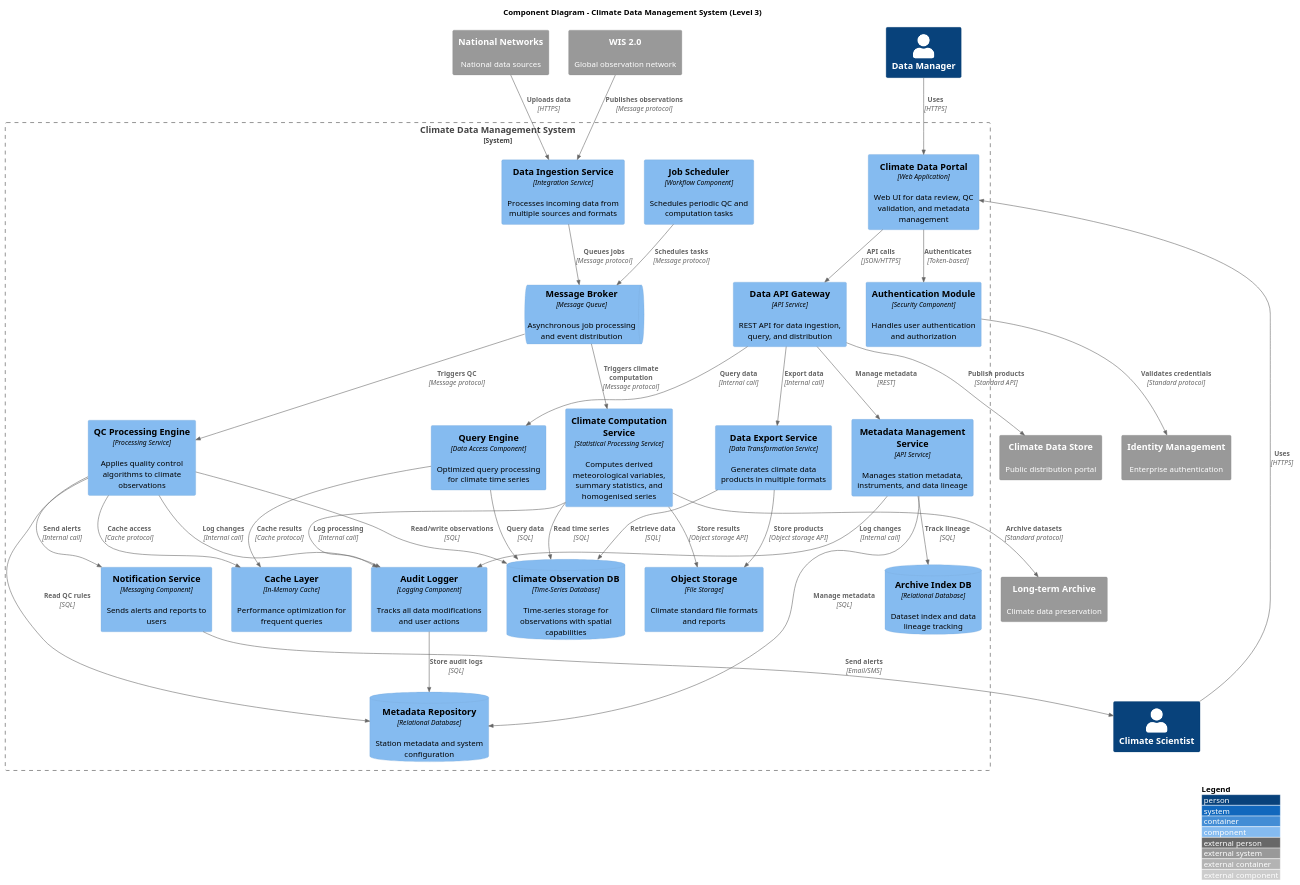
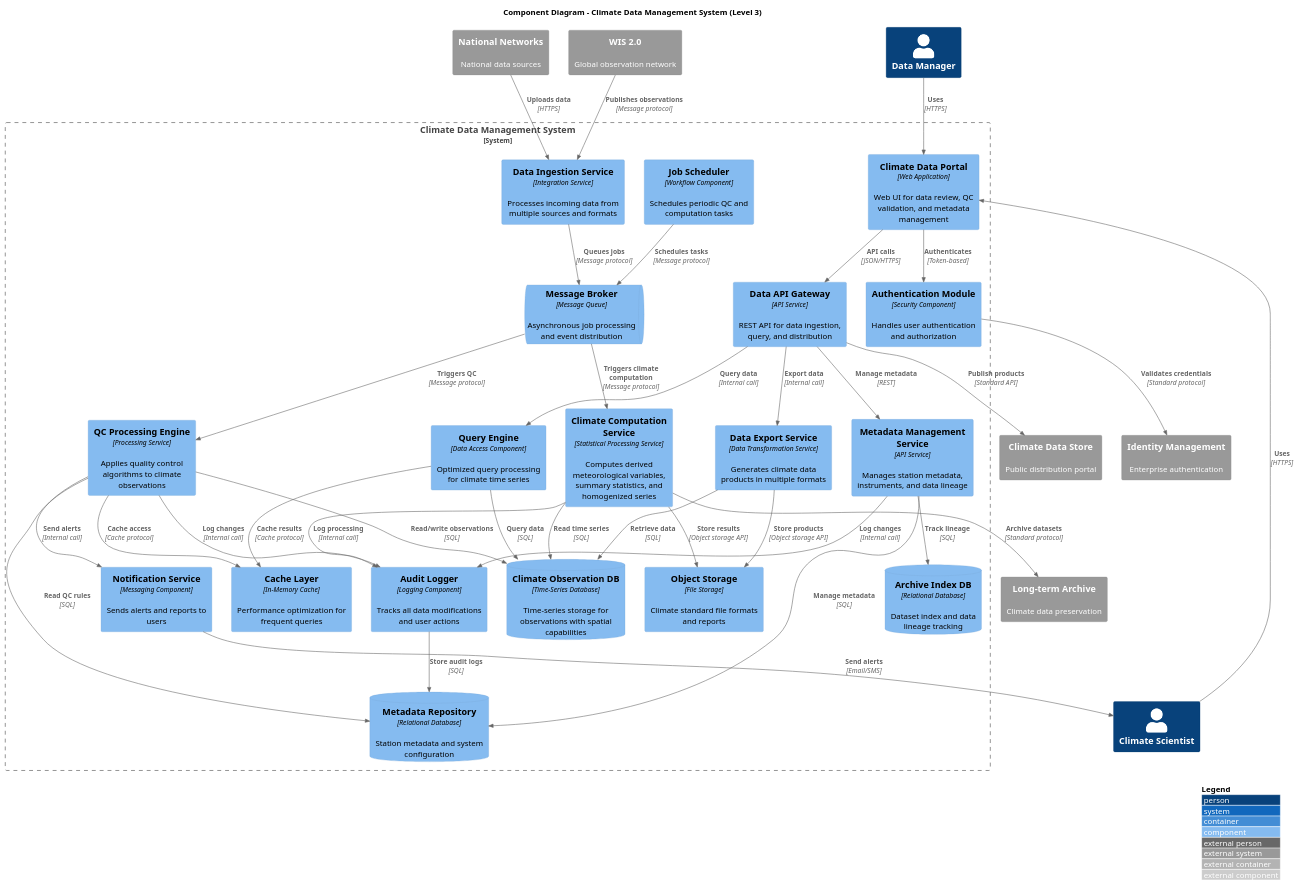
The diagram in standard/figures/c4_level_3.puml (wmo-im/cdms-functional-requirements), drawn with PlantUML before and after one commit. The commit also changed 24 other files, not shown here.

```diff
--- a/standard/figures/c4_level_3.puml
+++ b/standard/figures/c4_level_3.puml
@@ -1,83 +1,83 @@
 @startuml
 !include https://raw.githubusercontent.com/plantuml-stdlib/C4-PlantUML/master/C4_Component.puml
 
 LAYOUT_WITH_LEGEND()
 
 title Component Diagram - Climate Data Management System (Level 3)
 
 System_Boundary(cdms, "Climate Data Management System") {
     Component(webapp, "Climate Data Portal", "Web Application", "Web UI for data review, QC validation, and metadata management")
     Component(api, "Data API Gateway", "API Service", "REST API for data ingestion, query, and distribution")
     Component(qcengine, "QC Processing Engine", "Processing Service", "Applies quality control algorithms to climate observations")
-    Component(computation, "Climate Computation Service", "Statistical Processing Service", "Computes derived meteorological variables, summary statistics, and homogenised series")
+    Component(computation, "Climate Computation Service", "Statistical Processing Service", "Computes derived meteorological variables, summary statistics, and homogenized series")
     Component(metadata, "Metadata Management Service", "API Service", "Manages station metadata, instruments, and data lineage")
     Component(ingest, "Data Ingestion Service", "Integration Service", "Processes incoming data from multiple sources and formats")
 
     Component(auth, "Authentication Module", "Security Component", "Handles user authentication and authorization")
     Component(query, "Query Engine", "Data Access Component", "Optimized query processing for climate time series")
     Component(export, "Data Export Service", "Data Transformation Service", "Generates climate data products in multiple formats")
     Component(scheduler, "Job Scheduler", "Workflow Component", "Schedules periodic QC and computation tasks")
     Component(notifier, "Notification Service", "Messaging Component", "Sends alerts and reports to users")
     Component(audit, "Audit Logger", "Logging Component", "Tracks all data modifications and user actions")
 
     ComponentDb(obsdb, "Climate Observation DB", "Time-Series Database", "Time-series storage for observations with spatial capabilities")
     ComponentDb(metadb, "Metadata Repository", "Relational Database", "Station metadata and system configuration")
     ComponentDb(archivedb, "Archive Index DB", "Relational Database", "Dataset index and data lineage tracking")
     ComponentQueue(queue, "Message Broker", "Message Queue", "Asynchronous job processing and event distribution")
     Component(cache, "Cache Layer", "In-Memory Cache", "Performance optimization for frequent queries")
     Component(objectstore, "Object Storage", "File Storage", "Climate standard file formats and reports")
 }
 
 System_Ext(wis2, "WIS 2.0", "Global observation network")
 System_Ext(nationalobs, "National Networks", "National data sources")
 System_Ext(archive, "Long-term Archive", "Climate data preservation")
 System_Ext(cds, "Climate Data Store", "Public distribution portal")
 System_Ext(idms, "Identity Management", "Enterprise authentication")
 
 Person(climatologist, "Climate Scientist")
 Person(datamanager, "Data Manager")
 
 Rel(climatologist, webapp, "Uses", "HTTPS")
 Rel(datamanager, webapp, "Uses", "HTTPS")
 Rel(webapp, auth, "Authenticates", "Token-based")
 Rel(auth, idms, "Validates credentials", "Standard protocol")
 
 Rel(webapp, api, "API calls", "JSON/HTTPS")
 Rel(api, query, "Query data", "Internal call")
 Rel(api, export, "Export data", "Internal call")
 Rel(api, metadata, "Manage metadata", "REST")
 
 Rel(wis2, ingest, "Publishes observations", "Message protocol")
 Rel(nationalobs, ingest, "Uploads data", "HTTPS")
 Rel(ingest, queue, "Queues jobs", "Message protocol")
 
 Rel(queue, qcengine, "Triggers QC", "Message protocol")
 Rel(queue, computation, "Triggers climate computation", "Message protocol")
 Rel(scheduler, queue, "Schedules tasks", "Message protocol")
 
 Rel(qcengine, obsdb, "Read/write observations", "SQL")
 Rel(qcengine, metadb, "Read QC rules", "SQL")
 Rel(qcengine, cache, "Cache access", "Cache protocol")
 Rel(qcengine, notifier, "Send alerts", "Internal call")
 Rel(qcengine, audit, "Log changes", "Internal call")
 
 Rel(computation, obsdb, "Read time series", "SQL")
 Rel(computation, objectstore, "Store results", "Object storage API")
 Rel(computation, audit, "Log processing", "Internal call")
 
 Rel(query, obsdb, "Query data", "SQL")
 Rel(query, cache, "Cache results", "Cache protocol")
 Rel(export, obsdb, "Retrieve data", "SQL")
 Rel(export, objectstore, "Store products", "Object storage API")
 
 Rel(metadata, metadb, "Manage metadata", "SQL")
 Rel(metadata, archivedb, "Track lineage", "SQL")
 Rel(metadata, audit, "Log changes", "Internal call")
 
 Rel(api, cds, "Publish products", "Standard API")
 Rel(computation, archive, "Archive datasets", "Standard protocol")
 
 Rel(audit, metadb, "Store audit logs", "SQL")
 Rel(notifier, climatologist, "Send alerts", "Email/SMS")
 
 @enduml
```
